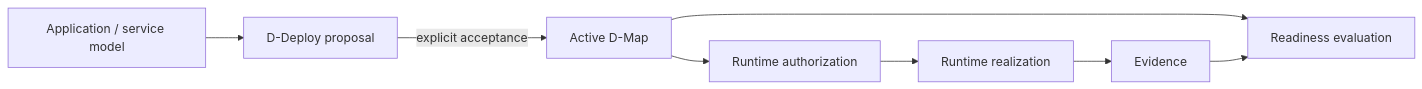
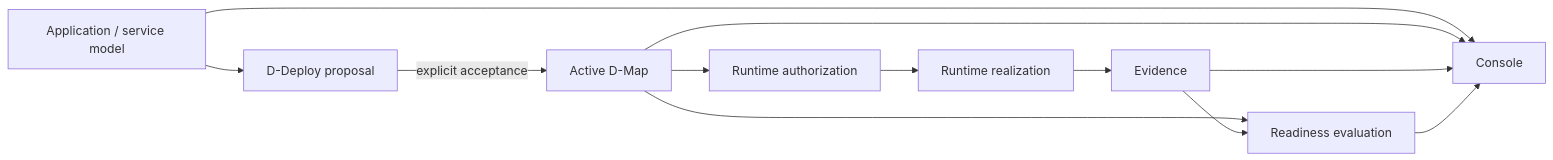
One commit to dnredson/datum-docs changed the diagram in docs/architecture/index.md. Above: the diagram before and after it, drawn with Mermaid. The commit also changed other lines of this file and 15 other files, not shown here.

````diff
--- a/docs/architecture/index.md
+++ b/docs/architecture/index.md
@@ -29,10 +32,14 @@
 ```mermaid
 flowchart LR
     MODEL["Application / service model"] --> PROP["D-Deploy proposal"]
     PROP -->|"explicit acceptance"| MAP["Active D-Map"]
     MAP --> AUTH["Runtime authorization"]
     AUTH --> REAL["Runtime realization"]
     REAL --> OBS["Evidence"]
     MAP --> READY["Readiness evaluation"]
     OBS --> READY
+    MODEL --> UI["Console"]
+    MAP --> UI
+    OBS --> UI
+    READY --> UI
 ```
````
